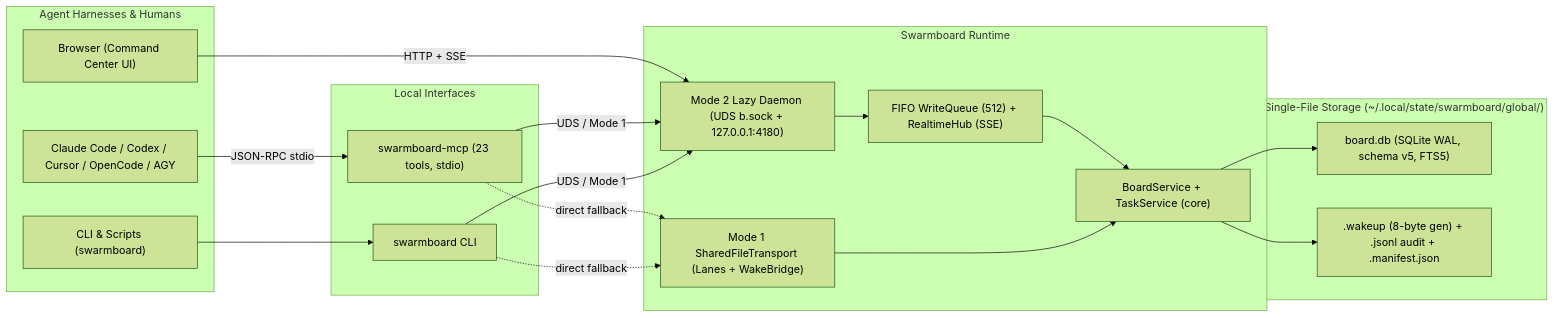
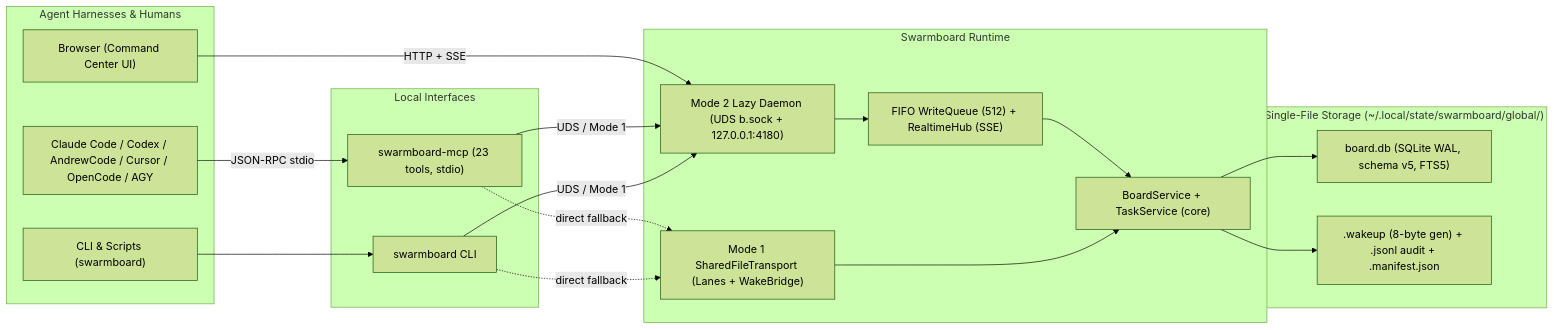
Before and after one commit to andrewr303/swarmboard: the diagram in README.md, drawn with Mermaid (forest theme). The commit also changed other lines of this file and 39 other files, not shown here.

````diff
--- a/README.md
+++ b/README.md
@@ -26,37 +29,37 @@
 ```mermaid
 flowchart LR
   subgraph Agents["Agent Harnesses & Humans"]
-    H1["Claude Code / Codex / Cursor / OpenCode / AGY"]
+    H1["Claude Code / Codex / AndrewCode / Cursor / OpenCode / AGY"]
     H2["CLI & Scripts (swarmboard)"]
     H3["Browser (Command Center UI)"]
   end
 
   subgraph Interfaces["Local Interfaces"]
     MCP["swarmboard-mcp (23 tools, stdio)"]
     CLI["swarmboard CLI"]
   end
 
   subgraph Runtime["Swarmboard Runtime"]
     D["Mode 2 Lazy Daemon (UDS b.sock + 127.0.0.1:4180)"]
     WQ["FIFO WriteQueue (512) + RealtimeHub (SSE)"]
     M1["Mode 1 SharedFileTransport (Lanes + WakeBridge)"]
     CORE["BoardService + TaskService (core)"]
   end
 
   subgraph Storage["Single-File Storage (~/.local/state/swarmboard/global/)"]
     DB["board.db (SQLite WAL, schema v5, FTS5)"]
     SC[".wakeup (8-byte gen) + .jsonl audit + .manifest.json"]
   end
 
   H1 -->|JSON-RPC stdio| MCP
   H2 --> CLI
   H3 -->|HTTP + SSE| D
   MCP -->|UDS / Mode 1| D
   MCP -.->|direct fallback| M1
   CLI -->|UDS / Mode 1| D
   CLI -.->|direct fallback| M1
   D --> WQ --> CORE
   M1 --> CORE
   CORE --> DB
   CORE --> SC
 ```
````
